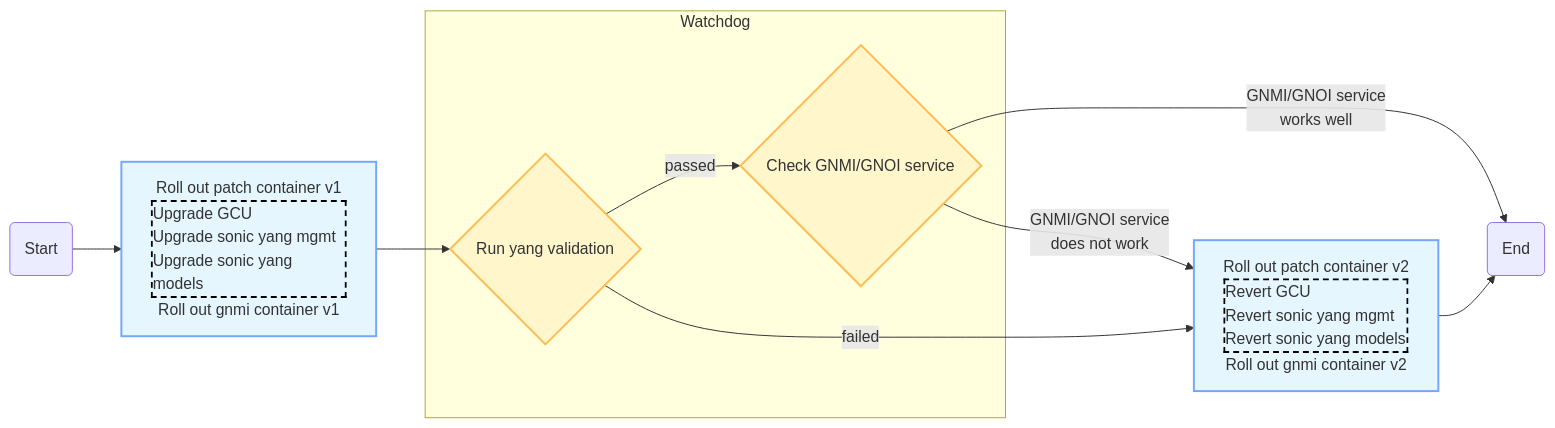
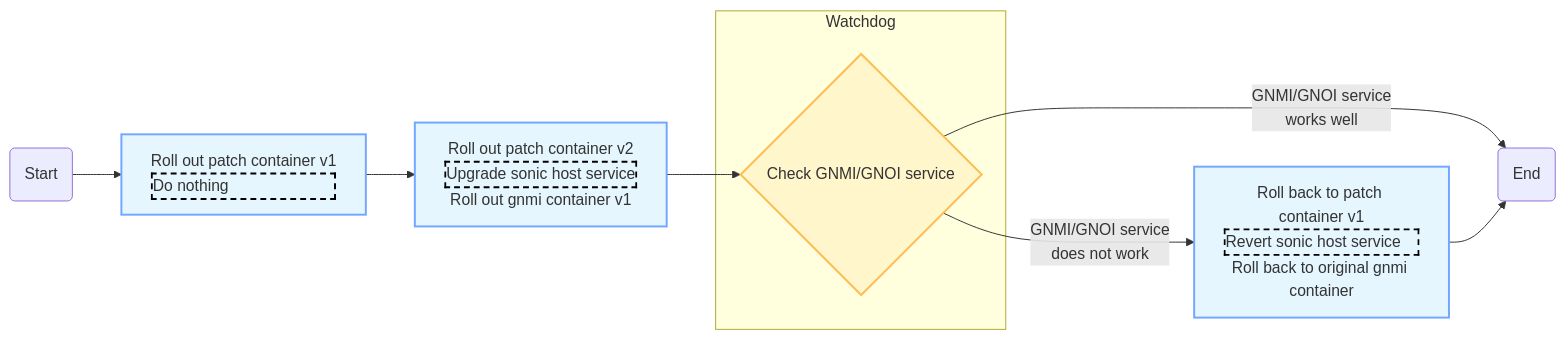
The diagram in upgrade_flowchart.md (ganglyu/mermaid), drawn with Mermaid before and after one commit.

````diff
--- a/upgrade_flowchart.md
+++ b/upgrade_flowchart.md
@@ -1,18 +1,17 @@
 ```mermaid
 graph LR
     classDef process fill:#E5F6FF,stroke:#73A6FF,stroke-width:2px;
     classDef decision fill:#FFF6CC,stroke:#FFBC52,stroke-width:2px;
-    RolloutGeneric[Roll out patch container v1<br><div style="margin-left:0px;border:2px dashed black;padding:0px;text-align:left;">Upgrade GCU<br>Upgrade sonic yang mgmt<br>Upgrade sonic yang models</div>Roll out gnmi container v1]
-    RollbackGeneric[Roll out patch container v2<br><div style="margin-left:0px;border:2px dashed black;padding:0px;text-align:left;">Revert GCU<br>Revert sonic yang mgmt<br>Revert sonic yang models</div>Roll out gnmi container v2]
+    RolloutInit[Roll out patch container v1<br><div style="margin-left:0px;border:2px dashed black;padding:0px;text-align:left;">Do nothing</div>]
+    RolloutGeneric[Roll out patch container v2<br><div style="margin-left:0px;border:2px dashed black;padding:0px;text-align:left;">Upgrade sonic host service</div>Roll out gnmi container v1]
+    RollbackGeneric[Roll back to patch container v1<br><div style="margin-left:0px;border:2px dashed black;padding:0px;text-align:left;">Revert sonic host service</div>Roll back to original gnmi container]
     subgraph Watchdog
-        WatchdogGCU{Run yang validation}
         WatchdogGNMI{Check GNMI/GNOI service}
     end
-    Start(Start) --> RolloutGeneric:::process
-    RolloutGeneric --> WatchdogGCU:::decision
-    WatchdogGCU --> |passed|WatchdogGNMI:::decision
-    WatchdogGCU --> |failed|RollbackGeneric:::process
+    Start(Start) --> RolloutInit:::process
+    RolloutInit --> RolloutGeneric:::process
+    RolloutGeneric --> WatchdogGNMI:::decision
     WatchdogGNMI --> |GNMI/GNOI service<br>works well|End(End)
     WatchdogGNMI --> |GNMI/GNOI service<br>does not work|RollbackGeneric:::process
     RollbackGeneric --> End
 ```
````
